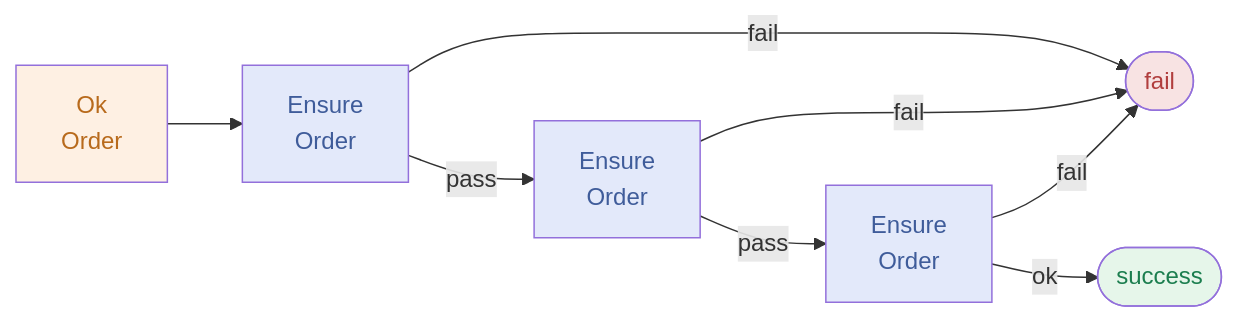
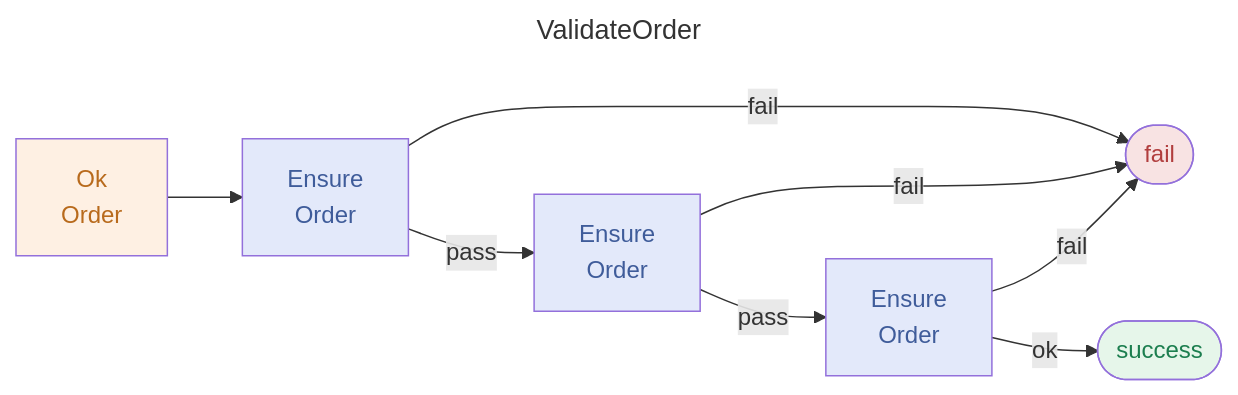
The sixth of 10 diagrams in mkdocs/demo/flow-catalog.md (reslava/nuget-package-reslava-result), drawn with Mermaid before and after one commit. The commit also changed other lines of this file and 22 other files, not shown here.

First line of the commit message:
feat: v1.47.1 — Diagram title, root entry node, code action fixes

````diff
--- a/mkdocs/demo/flow-catalog.md
+++ b/mkdocs/demo/flow-catalog.md
@@ -179,26 +188,29 @@
 ```mermaid
+---
+title: ValidateOrder
+---
 flowchart LR
     N0_Ok["Ok<br/>Order"]:::operation
     N0_Ok --> N1_Ensure
     N1_Ensure["Ensure<br/>Order"]:::gatekeeper
     N1_Ensure -->|pass| N2_Ensure
     N1_Ensure -->|fail| FAIL
     N2_Ensure["Ensure<br/>Order"]:::gatekeeper
     N2_Ensure -->|pass| N3_Ensure
     N2_Ensure -->|fail| FAIL
     N3_Ensure["Ensure<br/>Order"]:::gatekeeper
     N3_Ensure -->|fail| FAIL
     N3_Ensure -->|ok| SUCCESS
     SUCCESS([success]):::success
     FAIL([fail])
     FAIL:::failure
     classDef operation fill:#fef0e3,color:#b86a1c
     classDef gatekeeper fill:#e3e9fa,color:#3f5c9a
     classDef success fill:#e6f6ea,color:#1c7e4f
     classDef failure fill:#f8e3e3,color:#b13e3e
 %% --- Node correlation (ReasonMetadata.NodeId / PipelineStep) ---
 %%   N0_Ok → Ok
 %%   N1_Ensure → Ensure
 %%   N2_Ensure → Ensure
 %%   N3_Ensure → Ensure
 ```
````
